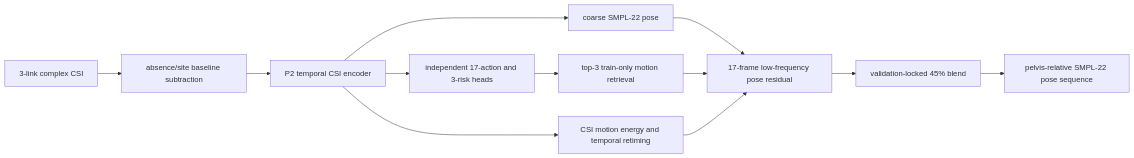
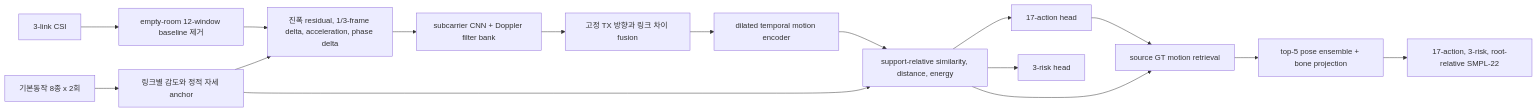
Before and after one commit to jjyoon012-git/NotiFi: the diagram in CSI-to-Pose/README.md, drawn with Mermaid. The commit also changed other lines of this file and 19 other files, not shown here.

Commit message:
feat: add source-clean CSI calibration deployment

````diff
--- a/CSI-to-Pose/README.md
+++ b/CSI-to-Pose/README.md
@@ -74,14 +15,18 @@
 ```mermaid
 flowchart LR
-    A["3-link complex CSI"] --> B["absence/site baseline subtraction"]
-    B --> C["P2 temporal CSI encoder"]
-    C --> D["coarse SMPL-22 pose"]
-    C --> E["independent 17-action and 3-risk heads"]
-    E --> F["top-3 train-only motion retrieval"]
-    C --> G["CSI motion energy and temporal retiming"]
-    D --> H["17-frame low-frequency pose residual"]
-    F --> H
+    A["3-link CSI"] --> B["empty-room 12-window baseline 제거"]
+    S["기본동작 8종 x 2회"] --> C["링크별 감도와 정적 자세 anchor"]
+    B --> D["진폭 residual, 1/3-frame delta, acceleration, phase delta"]
+    C --> D
+    D --> E["subcarrier CNN + Doppler filter bank"]
+    E --> F["고정 TX 방향과 링크 차이 fusion"]
+    F --> G["dilated temporal motion encoder"]
+    C --> H["support-relative similarity, distance, energy"]
     G --> H
-    H --> I["validation-locked 45% blend"]
-    I --> J["pelvis-relative SMPL-22 pose sequence"]
+    H --> I["17-action head"]
+    H --> J["3-risk head"]
+    H --> K["source GT motion retrieval"]
+    I --> K
+    K --> L["top-5 pose ensemble + bone projection"]
+    L --> M["17-action, 3-risk, root-relative SMPL-22"]
 ```
````
